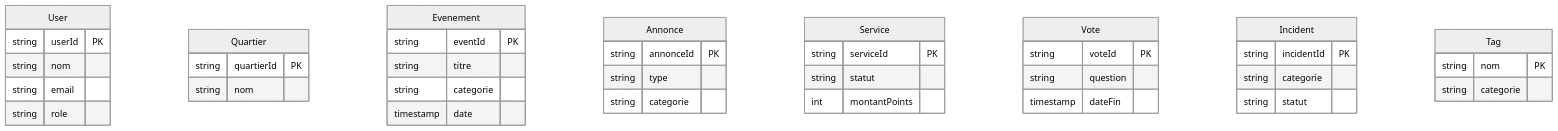
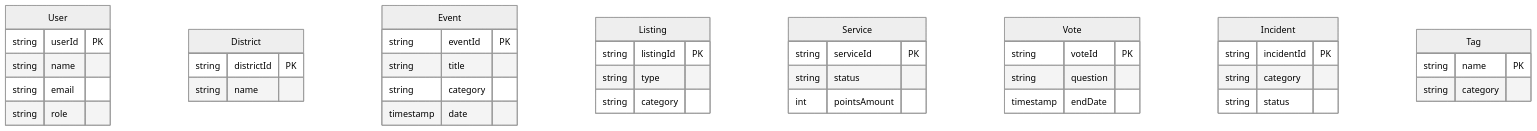
The diagram in documentation/MCD/neo4j.md (ESGI-3AL2-PA/Web-Apps), drawn with Mermaid (neutral theme) before and after one commit. The commit also changed other lines of this file and 1 other file, not shown here.

````diff
--- a/documentation/MCD/neo4j.md
+++ b/documentation/MCD/neo4j.md
@@ -5,51 +5,51 @@
 ```mermaid
 erDiagram
 
   User {
     string userId PK
-    string nom
+    string name
     string email
     string role
   }
 
-  Quartier {
-    string quartierId PK
-    string nom
+  District {
+    string districtId PK
+    string name
   }
 
-  Evenement {
+  Event {
     string eventId PK
-    string titre
-    string categorie
+    string title
+    string category
     timestamp date
   }
 
-  Annonce {
-    string annonceId PK
+  Listing {
+    string listingId PK
     string type
-    string categorie
+    string category
   }
 
   Service {
     string serviceId PK
-    string statut
-    int montantPoints
+    string status
+    int pointsAmount
   }
 
   Vote {
     string voteId PK
     string question
-    timestamp dateFin
+    timestamp endDate
   }
 
   Incident {
     string incidentId PK
-    string categorie
-    string statut
+    string category
+    string status
   }
 
   Tag {
-    string nom PK
-    string categorie
+    string name PK
+    string category
   }
 ```
````
